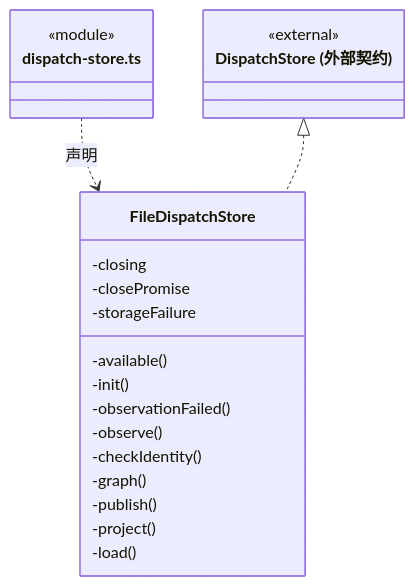
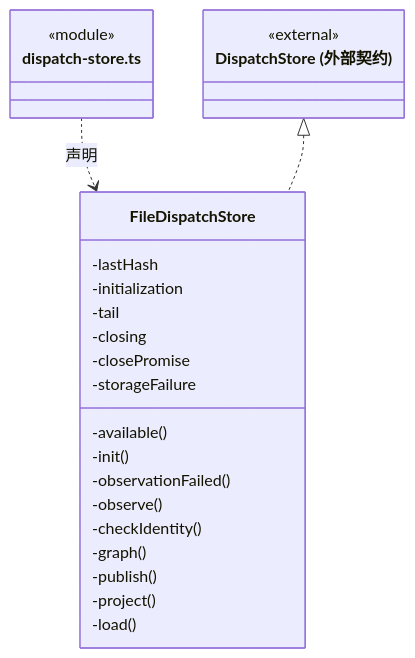
One commit to nan023062/cbim changed the fifth of 8 diagrams in src/backend/main/persistence/tasks/ARCHITECTURE.md. Above: the diagram before and after it, drawn with Mermaid. The commit also changed other lines of this file and 47 other files, not shown here.

````diff
--- a/src/backend/main/persistence/tasks/ARCHITECTURE.md
+++ b/src/backend/main/persistence/tasks/ARCHITECTURE.md
@@ -129,25 +129,28 @@
 ```mermaid
 classDiagram
 class N_src_backend_main_persistence_tasks_dispatch_store_ts["dispatch-store.ts"] {
   <<module>>
 }
 class N_src_backend_main_persistence_tasks_dispatch_store_ts_FileDispatchStore["FileDispatchStore"] {
+  -lastHash
+  -initialization
+  -tail
   -closing
   -closePromise
   -storageFailure
   -available()
   -init()
   -observationFailed()
   -observe()
   -checkIdentity()
   -graph()
   -publish()
   -project()
   -load()
 }
 N_src_backend_main_persistence_tasks_dispatch_store_ts ..> N_src_backend_main_persistence_tasks_dispatch_store_ts_FileDispatchStore : 声明
 class N_src_backend_main_persistence_tasks_dispatch_store_ts_external_DispatchStore["DispatchStore (外部契约)"] {
   <<external>>
 }
 N_src_backend_main_persistence_tasks_dispatch_store_ts_external_DispatchStore <|.. N_src_backend_main_persistence_tasks_dispatch_store_ts_FileDispatchStore
 ```
````
